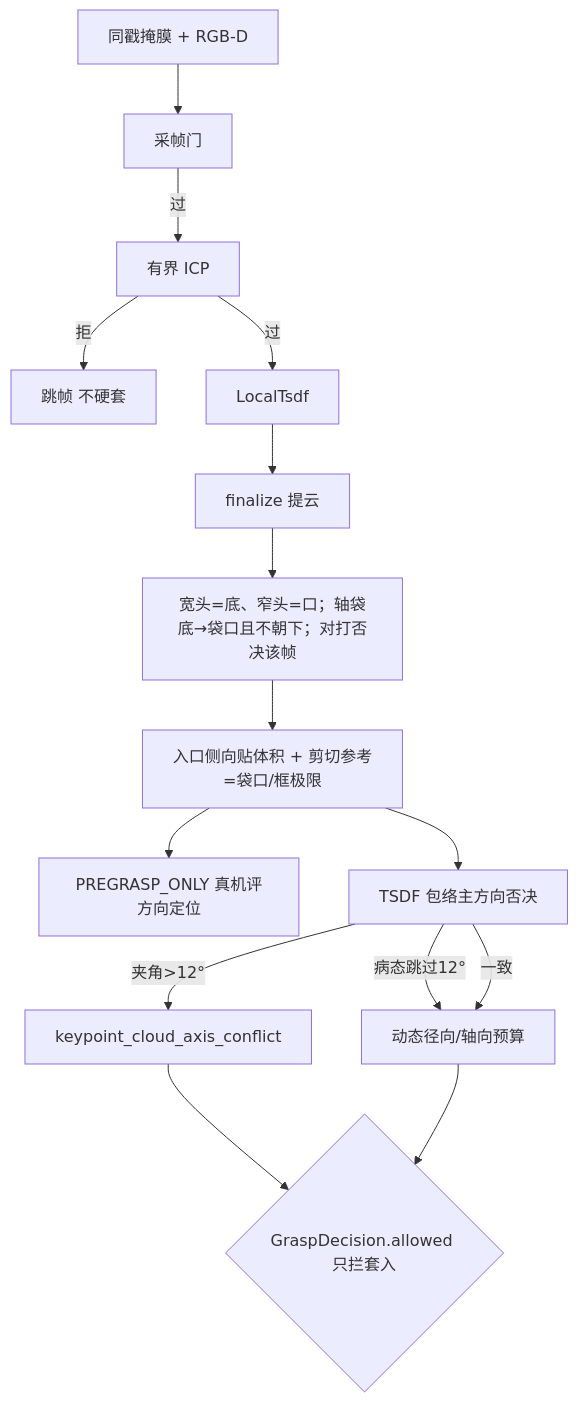
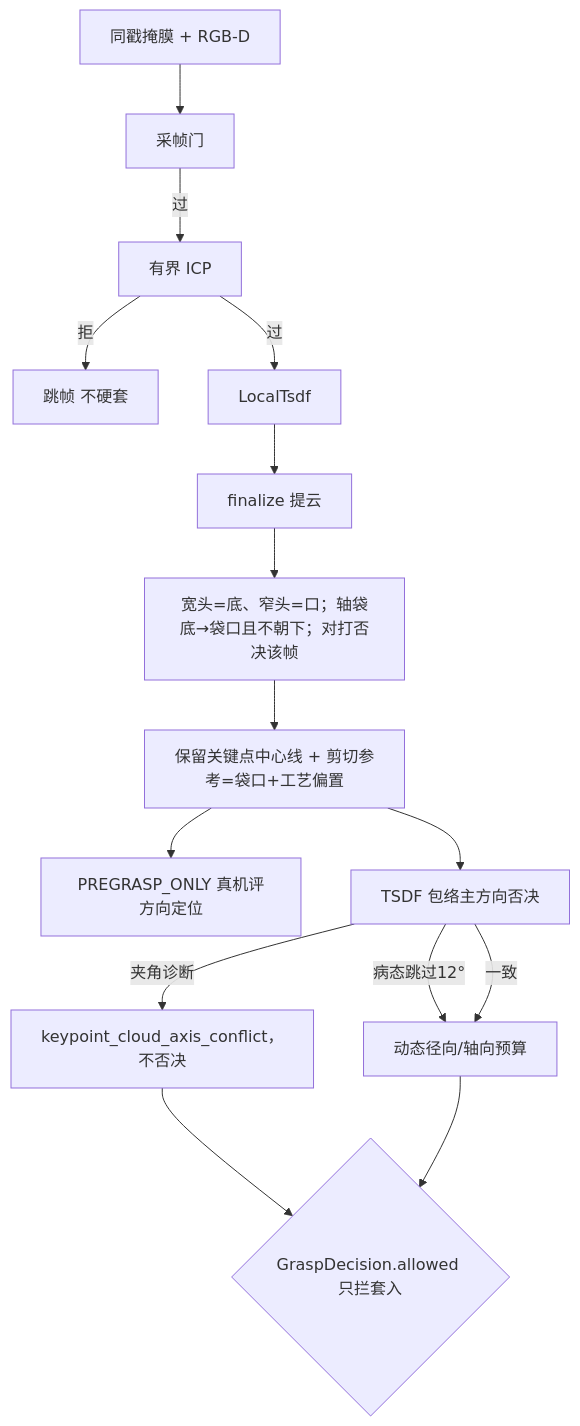
One commit to MUHAN11-c/aubo_boot changed the fourth of 5 diagrams in src/peach/peach_harvester/doc/io.md. Above: the diagram before and after it, drawn with Mermaid. The commit also changed other lines of this file and 2159 other files, not shown here.

````diff
--- a/src/peach/peach_harvester/doc/io.md
+++ b/src/peach/peach_harvester/doc/io.md
@@ -143,17 +148,17 @@
 ```mermaid
 flowchart TB
   obs["同戳掩膜 + RGB-D"] --> gate["采帧门"]
   gate -->|过| icp["有界 ICP"]
   icp -->|拒| skip["跳帧 不硬套"]
   icp -->|过| tsdf["LocalTsdf"]
   tsdf --> fin["finalize 提云"]
   fin --> landmarks["宽头=底、窄头=口；轴袋底→袋口且不朝下；对打否决该帧"]
-  landmarks --> geom["入口侧向贴体积 + 剪切参考=袋口/框极限"]
+  landmarks --> geom["保留关键点中心线 + 剪切参考=袋口+工艺偏置"]
   geom --> pre["PREGRASP_ONLY 真机评方向定位"]
   geom --> envelope["TSDF 包络主方向否决"]
   envelope -->|病态跳过12°| budget["动态径向/轴向预算"]
-  envelope -->|夹角>12°| veto["keypoint_cloud_axis_conflict"]
+  envelope -->|夹角诊断| veto["keypoint_cloud_axis_conflict，不否决"]
   envelope -->|一致| budget
   veto --> gd{"GraspDecision.allowed 只拦套入"}
   budget --> gd
 ```
````
